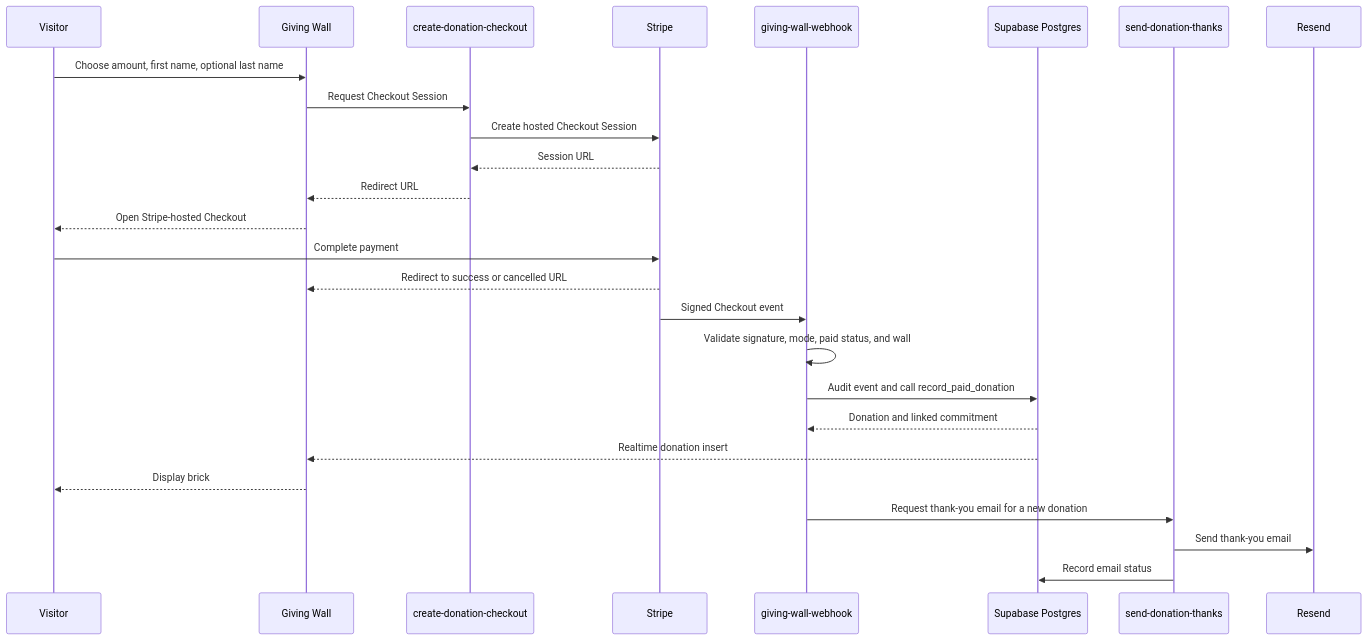
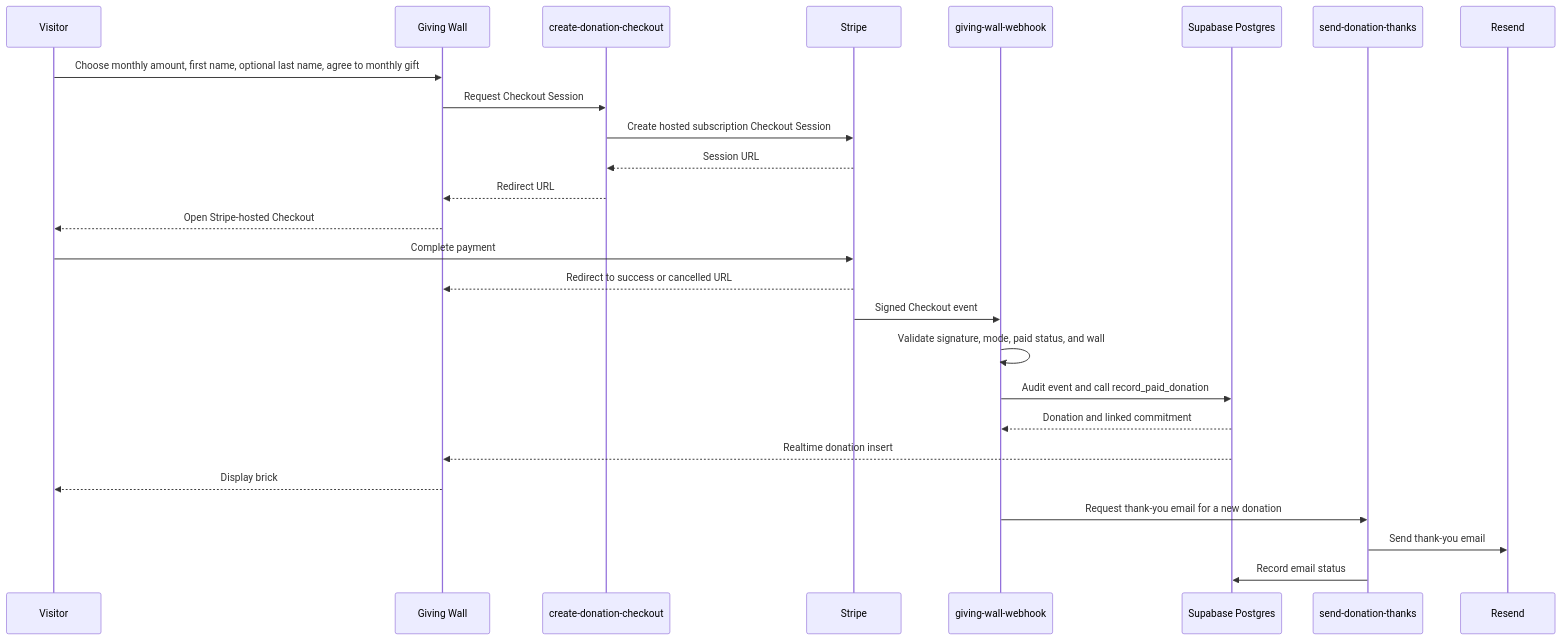
One commit to mayfiete/prayer-wall changed the third of 3 diagrams in README.md. Above: the diagram before and after it, drawn with Mermaid. The commit also changed other lines of this file, not shown here.

````diff
--- a/README.md
+++ b/README.md
@@ -137,29 +137,29 @@
 ```mermaid
 sequenceDiagram
     participant Visitor
     participant App as Giving Wall
     participant Checkout as create-donation-checkout
     participant Stripe
     participant Webhook as giving-wall-webhook
     participant DB as Supabase Postgres
     participant Thanks as send-donation-thanks
     participant Mail as Resend
 
-    Visitor->>App: Choose amount, first name, optional last name
+    Visitor->>App: Choose monthly amount, first name, optional last name, agree to monthly gift
     App->>Checkout: Request Checkout Session
-    Checkout->>Stripe: Create hosted Checkout Session
+    Checkout->>Stripe: Create hosted subscription Checkout Session
     Stripe-->>Checkout: Session URL
     Checkout-->>App: Redirect URL
     App-->>Visitor: Open Stripe-hosted Checkout
     Visitor->>Stripe: Complete payment
     Stripe-->>App: Redirect to success or cancelled URL
     Stripe->>Webhook: Signed Checkout event
     Webhook->>Webhook: Validate signature, mode, paid status, and wall
     Webhook->>DB: Audit event and call record_paid_donation
     DB-->>Webhook: Donation and linked commitment
     DB-->>App: Realtime donation insert
     App-->>Visitor: Display brick
     Webhook->>Thanks: Request thank-you email for a new donation
     Thanks->>Mail: Send thank-you email
     Thanks->>DB: Record email status
 ```
````
